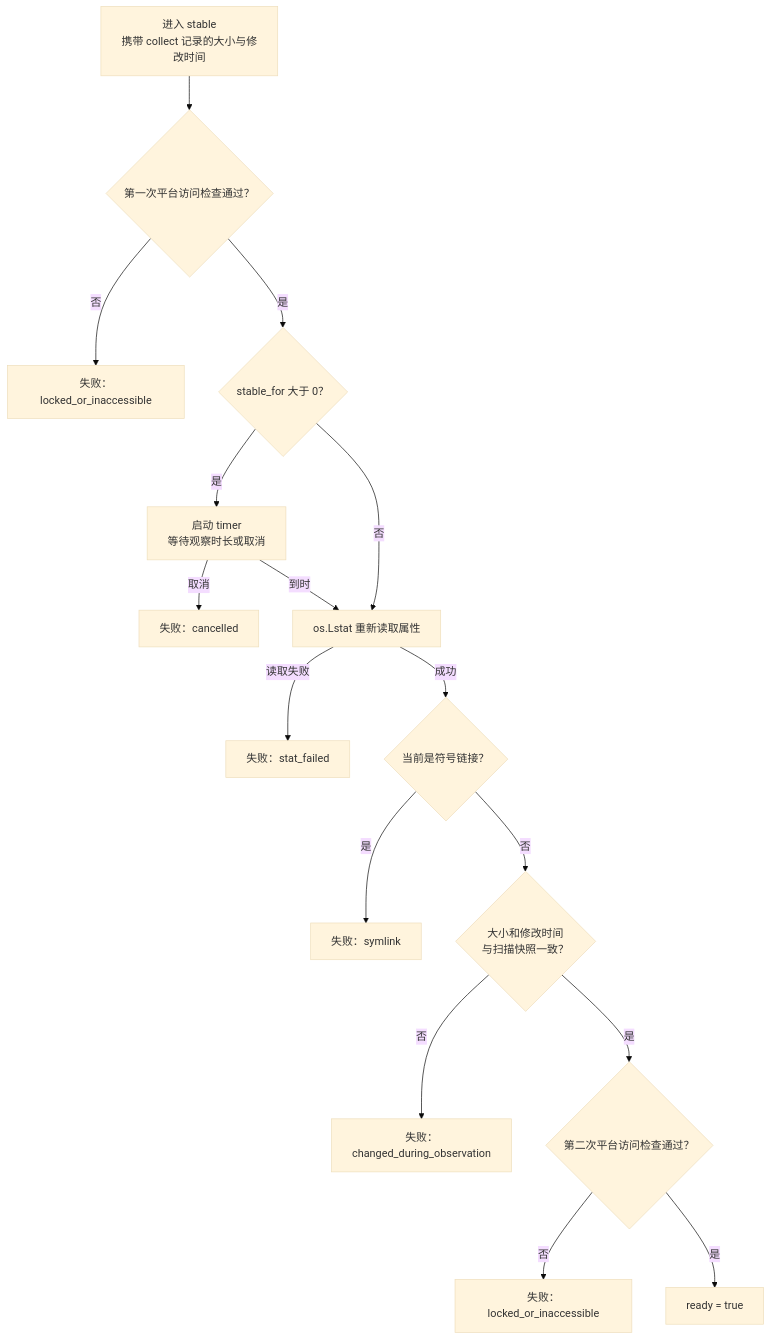
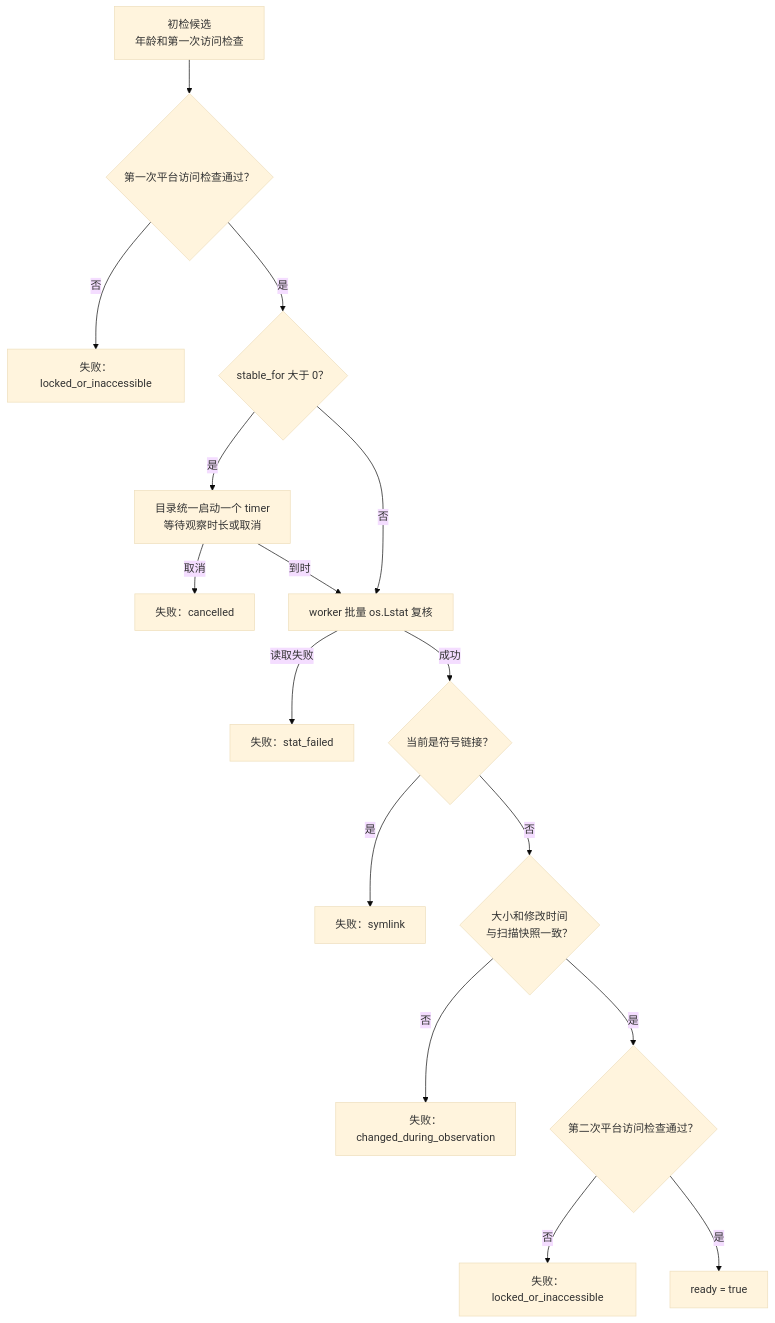
The sixth of 8 diagrams in docs/program-explained.zh-CN.md (ISkywalkerI/directory-cleaner), drawn with Mermaid (base theme) before and after one commit. The commit also changed other lines of this file and 14 other files, not shown here.

````diff
--- a/docs/program-explained.zh-CN.md
+++ b/docs/program-explained.zh-CN.md
@@ -413,18 +416,18 @@
 ```mermaid
 flowchart TD
-    Start["进入 stable<br/>携带 collect 记录的大小与修改时间"] --> Access1{"第一次平台访问检查通过？"}
+    Start["初检候选<br/>年龄和第一次访问检查"] --> Access1{"第一次平台访问检查通过？"}
     Access1 -->|否| Locked1["失败：locked_or_inaccessible"]
     Access1 -->|是| Duration{"stable_for 大于 0？"}
-    Duration -->|是| Timer["启动 timer<br/>等待观察时长或取消"]
+    Duration -->|是| Timer["目录统一启动一个 timer<br/>等待观察时长或取消"]
     Timer -->|取消| Cancel["失败：cancelled"]
-    Timer -->|到时| Stat["os.Lstat 重新读取属性"]
+    Timer -->|到时| Stat["worker 批量 os.Lstat 复核"]
     Duration -->|否| Stat
     Stat -->|读取失败| StatFailed["失败：stat_failed"]
     Stat -->|成功| Link{"当前是符号链接？"}
     Link -->|是| Symlink["失败：symlink"]
     Link -->|否| Same{"大小和修改时间<br/>与扫描快照一致？"}
     Same -->|否| Changed["失败：changed_during_observation"]
     Same -->|是| Access2{"第二次平台访问检查通过？"}
     Access2 -->|否| Locked2["失败：locked_or_inaccessible"]
     Access2 -->|是| Ready["ready = true"]
 ```
````
